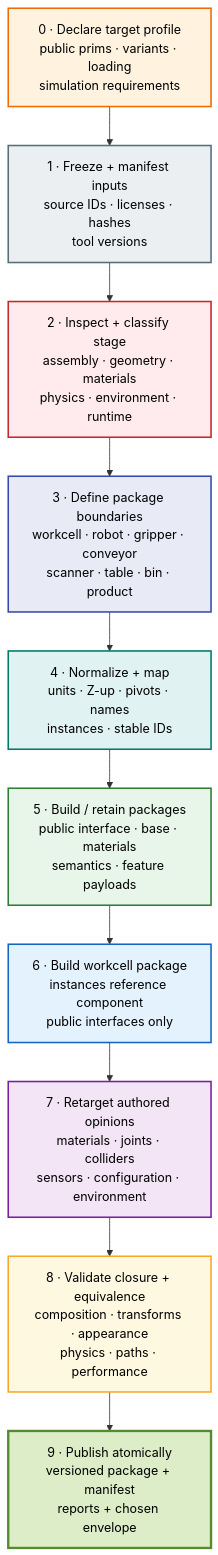
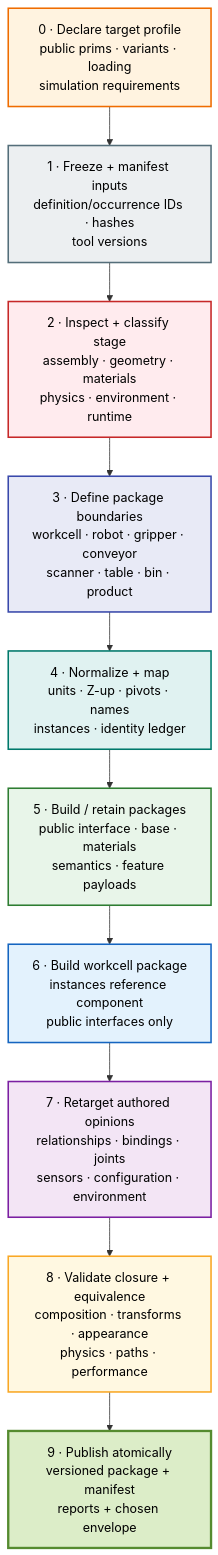
Before and after one commit to jph2/USD_GoodStart: diagram 20 of 22 in WIP_Docs/LAYER_ORDER_REFERENCES_RESEARCH.md, drawn with Mermaid. The commit also changed other lines of this file, not shown here.

````diff
--- a/WIP_Docs/LAYER_ORDER_REFERENCES_RESEARCH.md
+++ b/WIP_Docs/LAYER_ORDER_REFERENCES_RESEARCH.md
@@ -2312,26 +2412,26 @@
 ```mermaid
 flowchart TB
     P0["0 · Declare target profile<br/>public prims · variants · loading<br/>simulation requirements"]
-    P1["1 · Freeze + manifest inputs<br/>source IDs · licenses · hashes<br/>tool versions"]
+    P1["1 · Freeze + manifest inputs<br/>definition/occurrence IDs · hashes<br/>tool versions"]
     P2["2 · Inspect + classify stage<br/>assembly · geometry · materials<br/>physics · environment · runtime"]
     P3["3 · Define package boundaries<br/>workcell · robot · gripper · conveyor<br/>scanner · table · bin · product"]
-    P4["4 · Normalize + map<br/>units · Z-up · pivots · names<br/>instances · stable IDs"]
+    P4["4 · Normalize + map<br/>units · Z-up · pivots · names<br/>instances · identity ledger"]
     P5["5 · Build / retain packages<br/>public interface · base · materials<br/>semantics · feature payloads"]
     P6["6 · Build workcell package<br/>instances reference component<br/>public interfaces only"]
-    P7["7 · Retarget authored opinions<br/>materials · joints · colliders<br/>sensors · configuration · environment"]
+    P7["7 · Retarget authored opinions<br/>relationships · bindings · joints<br/>sensors · configuration · environment"]
     P8["8 · Validate closure + equivalence<br/>composition · transforms · appearance<br/>physics · paths · performance"]
     P9["9 · Publish atomically<br/>versioned package + manifest<br/>reports + chosen envelope"]
 
     P0 --> P1 --> P2 --> P3 --> P4 --> P5 --> P6 --> P7 --> P8 --> P9
 
     style P0 fill:#fff3e0,stroke:#ef6c00,stroke-width:2px,color:#000
     style P1 fill:#eceff1,stroke:#546e7a,stroke-width:2px,color:#000
     style P2 fill:#ffebee,stroke:#c62828,stroke-width:2px,color:#000
     style P3 fill:#e8eaf6,stroke:#3949ab,stroke-width:2px,color:#000
     style P4 fill:#e0f2f1,stroke:#00796b,stroke-width:2px,color:#000
     style P5 fill:#e8f5e9,stroke:#2e7d32,stroke-width:2px,color:#000
     style P6 fill:#e3f2fd,stroke:#1565c0,stroke-width:2px,color:#000
     style P7 fill:#f3e5f5,stroke:#7b1fa2,stroke-width:2px,color:#000
     style P8 fill:#fff8e1,stroke:#f9a825,stroke-width:2px,color:#000
     style P9 fill:#dcedc8,stroke:#558b2f,stroke-width:3px,color:#000
 ```
````
